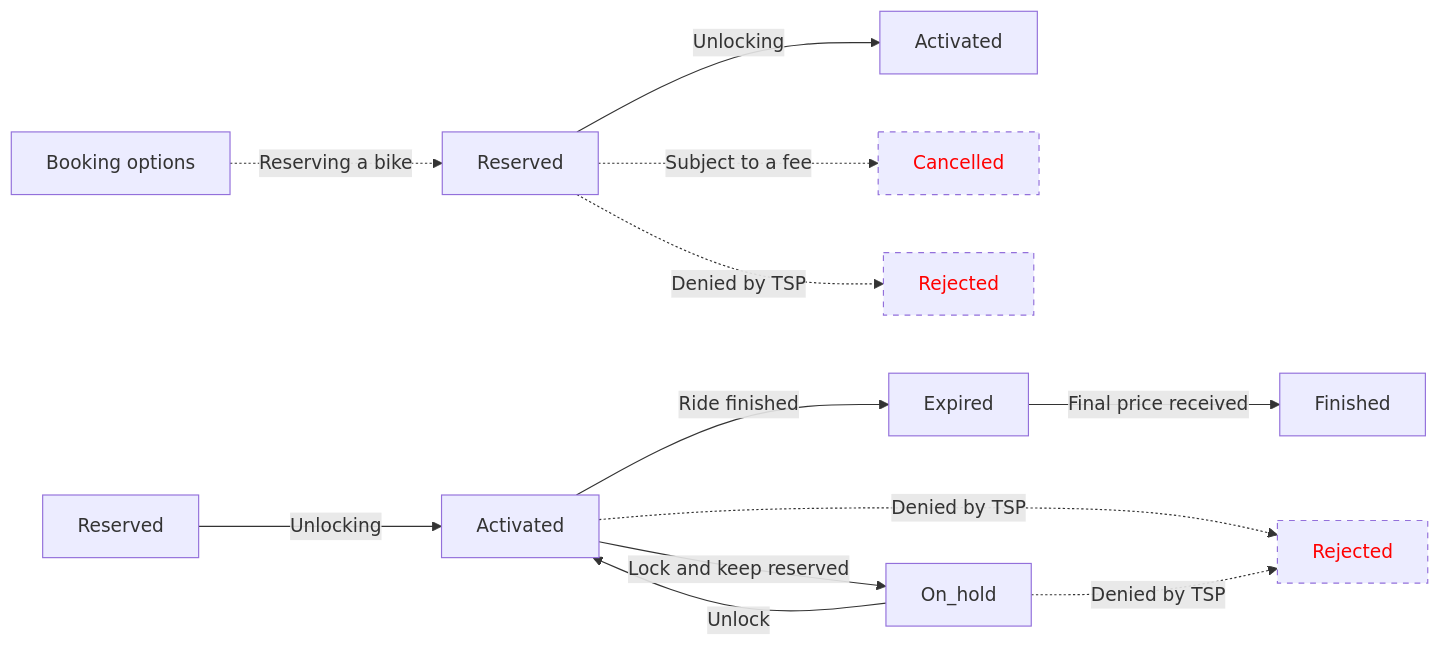
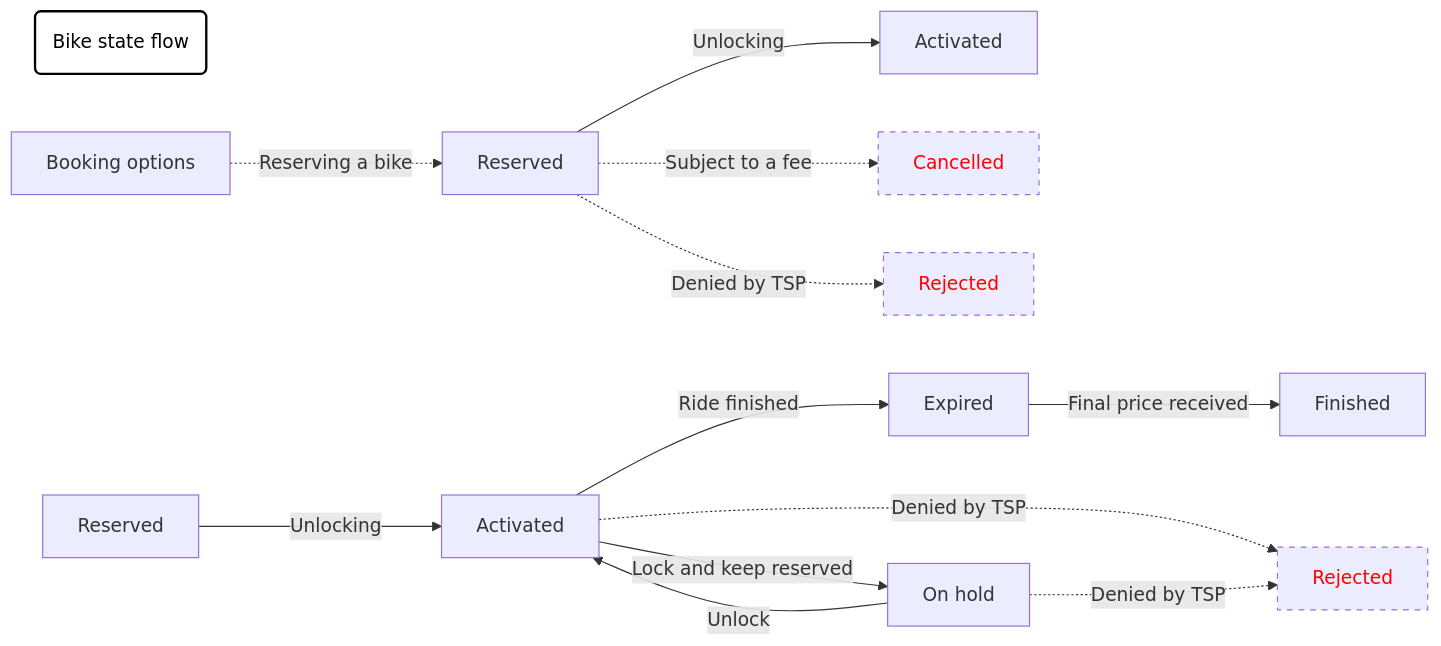
The diagram in specs/workflow/bike.mmd (maasglobal/maas-tsp-api), drawn with Mermaid before and after one commit. The commit also changed 5 other files, not shown here.

Commit message:
Refine existing and add car sharing and rental car state diagrams

```diff
--- a/specs/workflow/bike.mmd
+++ b/specs/workflow/bike.mmd
@@ -1,17 +1,19 @@
 graph LR
-    %% MermaidJS workflow graph for Bike or E-bike TSP
-    %% Use https://mermaid-js.github.io/mermaid-live-editor/ to edit
-    Options[Booking options] -.->|Reserving a bike | Reserved
-    Reserved -->|Unlocking| Activated2[Activated]
-    Reserved -.->|Subject to a fee| Cancelled
-    Reserved -.->|Denied by TSP| Rejected
-    Reserved2[Reserved] -->|Unlocking| Activated
-    Activated -->|Ride finished| Expired
-    Activated -->|Lock and keep reserved| On_hold
-    Expired -->|Final price received| Finished
-    On_hold -->|Unlock| Activated
-    Activated -.->|Denied by TSP| Rejected2[Rejected]
-    On_hold -.->|Denied by TSP| Rejected2[Rejected]
-    style Cancelled color:red,stroke-dasharray: 5, 5
-    style Rejected color:red,stroke-dasharray: 5, 5
-    style Rejected2 color:red,stroke-dasharray: 5, 5
+  label1(Bike state flow)
+  %% MermaidJS workflow graph for Bike or E-bike TSP
+  %% Use https://mermaid-js.github.io/mermaid-live-editor/ to edit
+  Options[Booking options] -.->|Reserving a bike | Reserved
+  Reserved -->|Unlocking| Activated2[Activated]
+  Reserved -.->|Subject to a fee| Cancelled
+  Reserved -.->|Denied by TSP| Rejected
+  Reserved2[Reserved] -->|Unlocking| Activated
+  Activated -->|Ride finished| Expired
+  Activated -->|Lock and keep reserved| On_hold[On hold]
+  Expired -->|Final price received| Finished
+  On_hold[On hold] -->|Unlock| Activated
+  Activated -.->|Denied by TSP| Rejected2[Rejected]
+  On_hold[On hold] -.->|Denied by TSP| Rejected2[Rejected]
+  style Cancelled color:red,stroke-dasharray: 5, 5
+  style Rejected color:red,stroke-dasharray: 5, 5
+  style Rejected2 color:red,stroke-dasharray: 5, 5
+  style label1 stroke-width:2px,color:black,stroke:black,fill:white
```
